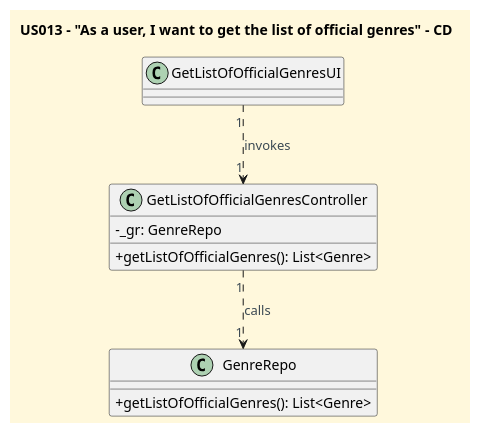
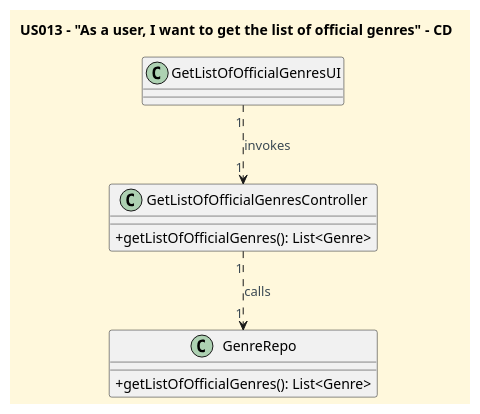
One commit to CarolinaLeite-collab/JavaMarketplacePlatform changed the diagram in docs/userStories/US013/US013_get_list_of_official_genres_CD.puml. Above: the diagram before and after it, drawn with PlantUML. The commit also changed 2 other files, not shown here.

Commit message:
Refs #218: Updates class and sequence diagrams for US013

```diff
--- a/docs/userStories/US013/US013_get_list_of_official_genres_CD.puml
+++ b/docs/userStories/US013/US013_get_list_of_official_genres_CD.puml
@@ -1,39 +1,35 @@
 @startuml
 'https://plantuml.com/class-diagram
 title US013 – "As a user, I want to get the list of official genres" - CD
-
 
 '==== basic style ====
 skinparam monochrome false
 skinparam shadowing false
 skinparam defaultFontName Futura
 skinparam objectFontSize 20
 skinparam backgroundColor CornSilk
 skinparam objectBackgroundColor WhiteSmoke
 skinparam noteBackgroundColor #FFFFE0
 skinparam ArrowFontColor #3B4953
 skinparam ActivationBackgroundColor black
 skinparam classAttributeIconSize 0
 
 class GetListOfOfficialGenresUI {
 }
 
 class GetListOfOfficialGenresController {
--_gr: GenreRepo
 +getListOfOfficialGenres(): List<Genre>
 
 }
 
 class GenreRepo {
-
-
 +getListOfOfficialGenres(): List<Genre>
 
 }
 
 GetListOfOfficialGenresUI "1" ..> "1" GetListOfOfficialGenresController : invokes
 GetListOfOfficialGenresController "1" ..> "1" GenreRepo : calls
 
 
 
 @enduml
```
